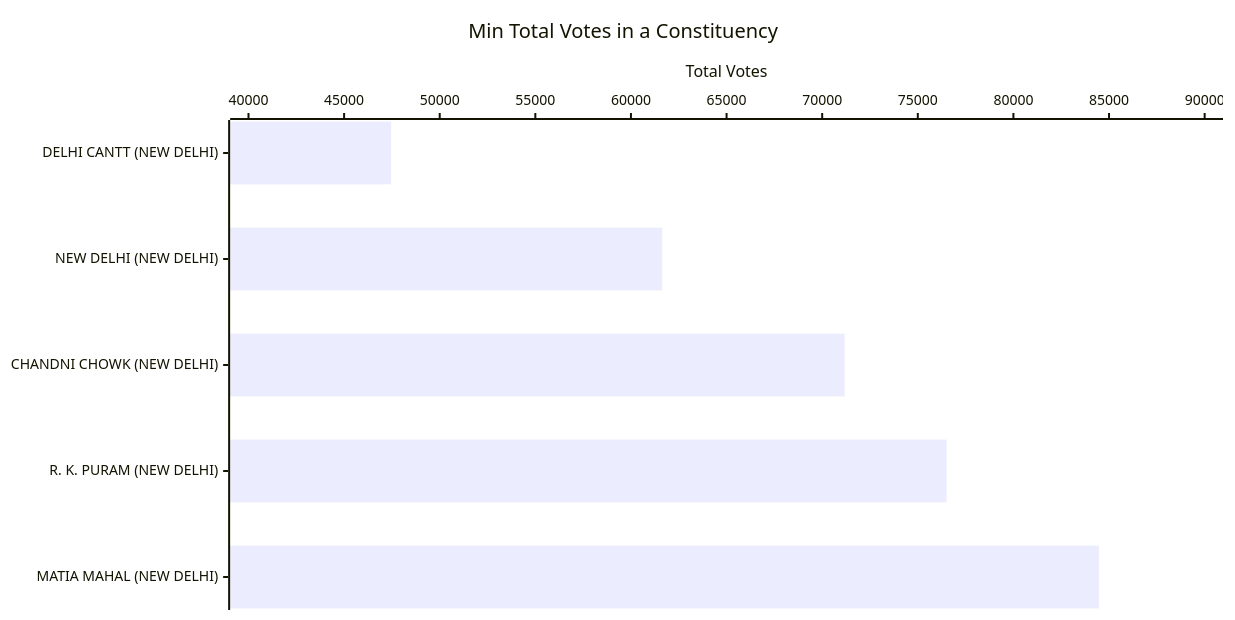
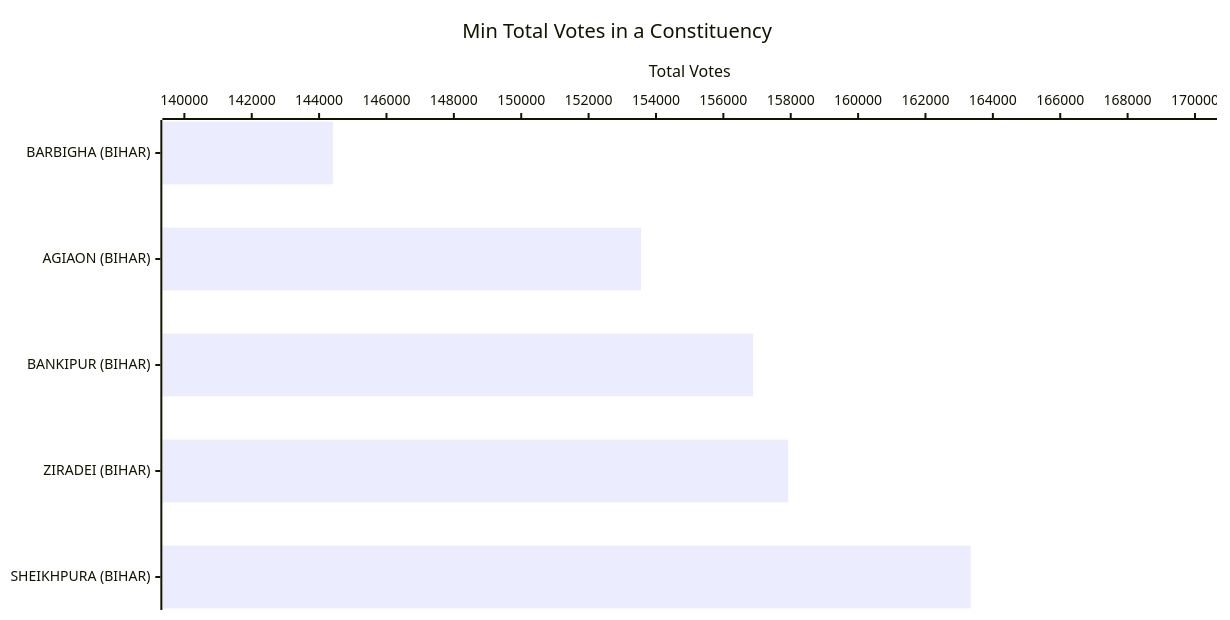
Before and after one commit to arjunswaj/elections: the eighth of 23 diagrams in BIHAR-GRAPH.md, drawn with Mermaid. The commit also changed other lines of this file and 3 other files, not shown here.

````diff
--- a/BIHAR-GRAPH.md
+++ b/BIHAR-GRAPH.md
@@ -187,17 +187,17 @@
 ```mermaid
 ---
 config:
     xyChart:
         width: 1200
         height: 600
         chartOrientation: horizontal
         dataLabels:
             enabled: true
             placement: end
 ---
 xychart-beta
     title "Min Total Votes in a Constituency"
-    x-axis ["DELHI CANTT (NEW DELHI)", "NEW DELHI (NEW DELHI)", "CHANDNI CHOWK (NEW DELHI)", "R. K. PURAM (NEW DELHI)", "MATIA MAHAL (NEW DELHI)"]
-    y-axis "Total Votes" 40000 --> 90000
-    bar [47458, 61636, 71173, 76503, 84475]
+    x-axis ["BARBIGHA (BIHAR)", "AGIAON (BIHAR)", "BANKIPUR (BIHAR)", "ZIRADEI (BIHAR)", "SHEIKHPURA (BIHAR)"]
+    y-axis "Total Votes" 140000 --> 170000
+    bar [144414, 153554, 156885, 157926, 163341]
 ```
````
